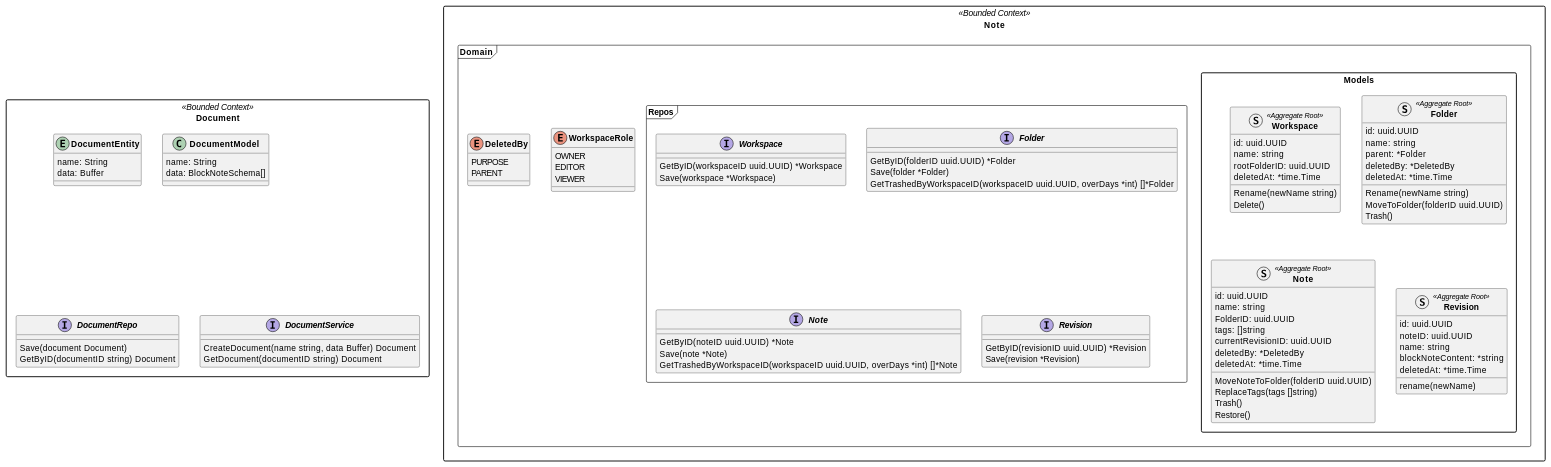
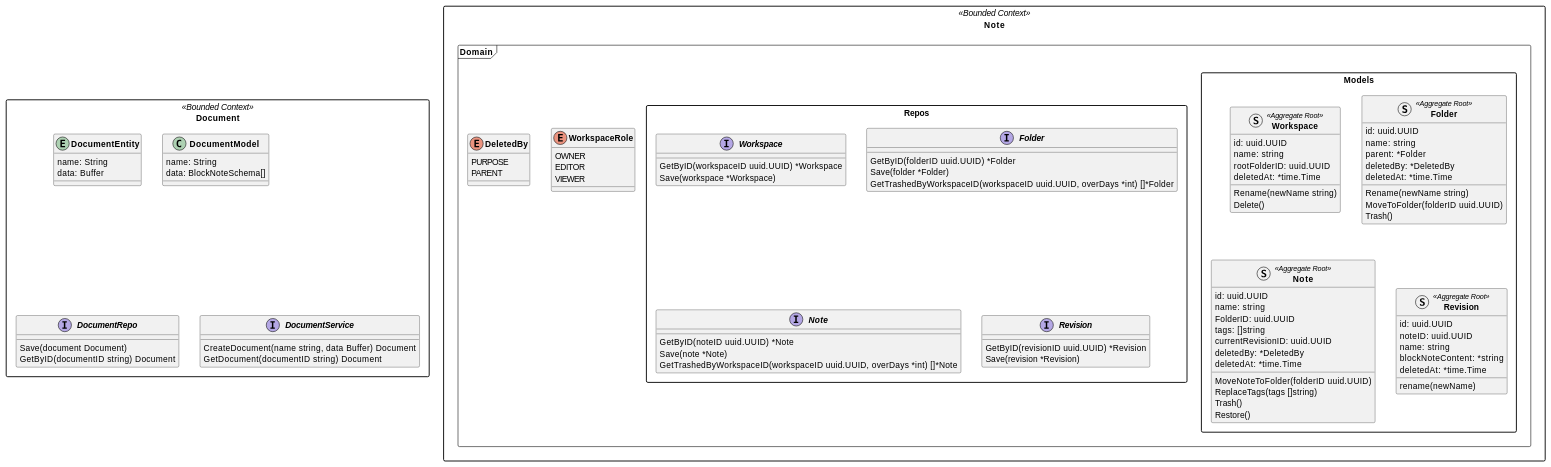
One commit to notopia-uit/notopia changed the diagram in docs/src/docs/class-diagram.md. Above: the diagram before and after it, drawn with PlantUML. The commit also changed 11 other files, not shown here.

```diff
--- a/docs/src/docs/class-diagram.md
+++ b/docs/src/docs/class-diagram.md
@@ -96,7 +96,7 @@
 
         }
 
-        package "Repos" as Note.Domain.Repos <<Frame>> {
+        package "Repos" as Note.Domain.Repos {
             interface "Workspace" as Note.Domain.Repos.Workspace {
                 GetByID(workspaceID uuid.UUID) *Workspace
                 Save(workspace *Workspace)
```
